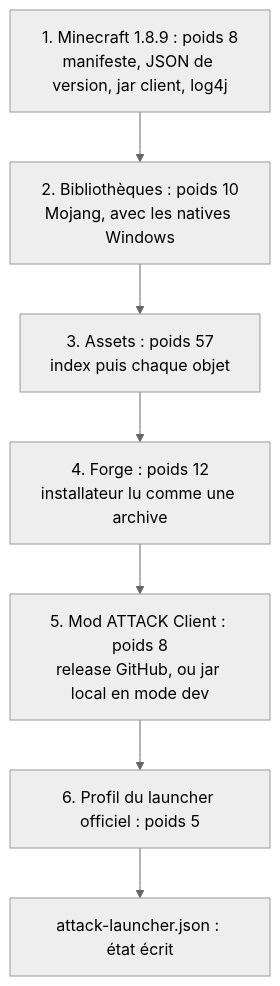
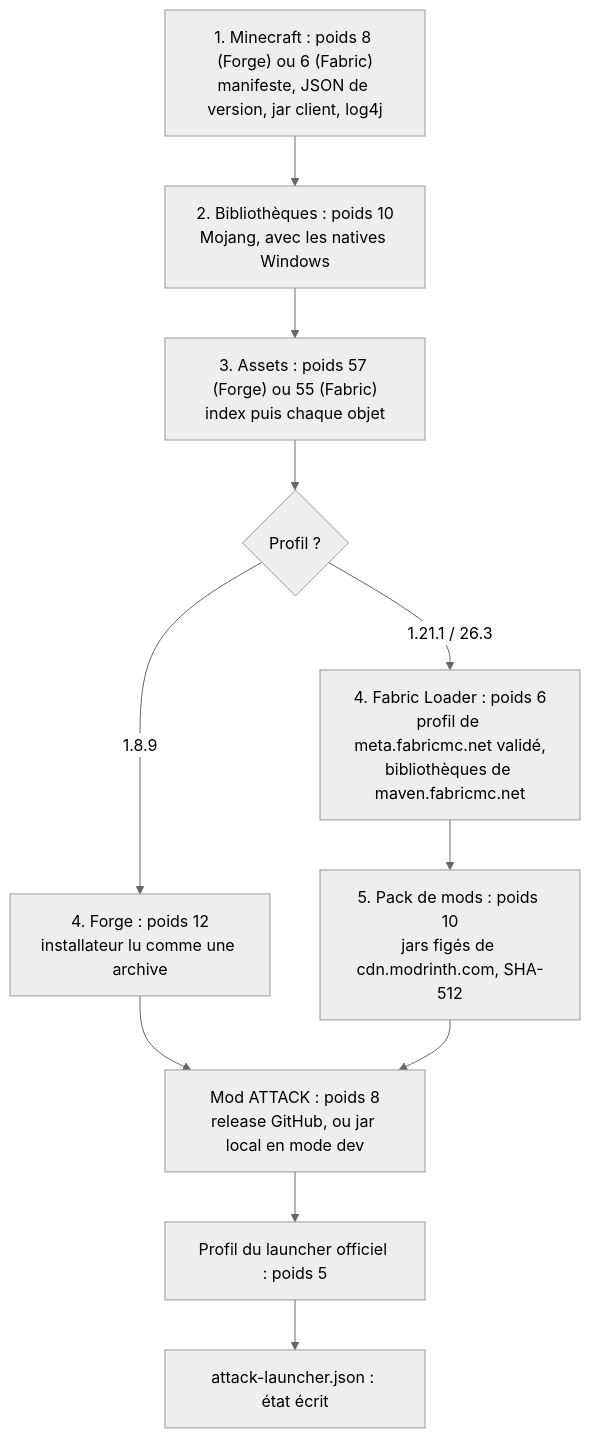
The first of 3 diagrams in docs/wiki/Installation-et-mises-a-jour.md (7ShIkI3/attack-launcher), drawn with Mermaid (neutral theme) before and after one commit. The commit also changed other lines of this file and 14 other files, not shown here.

First line of the commit message:
docs: trois profils, pack de mods Fabric, jars de release et captures

````diff
--- a/docs/wiki/Installation-et-mises-a-jour.md
+++ b/docs/wiki/Installation-et-mises-a-jour.md
@@ -28,9 +50,13 @@
 ```mermaid
 flowchart TD
-  A["1. Minecraft 1.8.9 : poids 8<br>manifeste, JSON de version, jar client, log4j"] --> B["2. Bibliothèques : poids 10<br>Mojang, avec les natives Windows"]
-  B --> C["3. Assets : poids 57<br>index puis chaque objet"]
-  C --> D["4. Forge : poids 12<br>installateur lu comme une archive"]
-  D --> E["5. Mod ATTACK Client : poids 8<br>release GitHub, ou jar local en mode dev"]
-  E --> F["6. Profil du launcher officiel : poids 5"]
-  F --> G["attack-launcher.json : état écrit"]
+  A["1. Minecraft : poids 8 (Forge) ou 6 (Fabric)<br>manifeste, JSON de version, jar client, log4j"] --> B["2. Bibliothèques : poids 10<br>Mojang, avec les natives Windows"]
+  B --> C["3. Assets : poids 57 (Forge) ou 55 (Fabric)<br>index puis chaque objet"]
+  C --> D{"Profil ?"}
+  D -->|"1.8.9"| E["4. Forge : poids 12<br>installateur lu comme une archive"]
+  D -->|"1.21.1 / 26.3"| F["4. Fabric Loader : poids 6<br>profil de meta.fabricmc.net validé,<br>bibliothèques de maven.fabricmc.net"]
+  F --> P["5. Pack de mods : poids 10<br>jars figés de cdn.modrinth.com, SHA-512"]
+  E --> G["Mod ATTACK : poids 8<br>release GitHub, ou jar local en mode dev"]
+  P --> G
+  G --> H["Profil du launcher officiel : poids 5"]
+  H --> I["attack-launcher.json : état écrit"]
 ```
````
